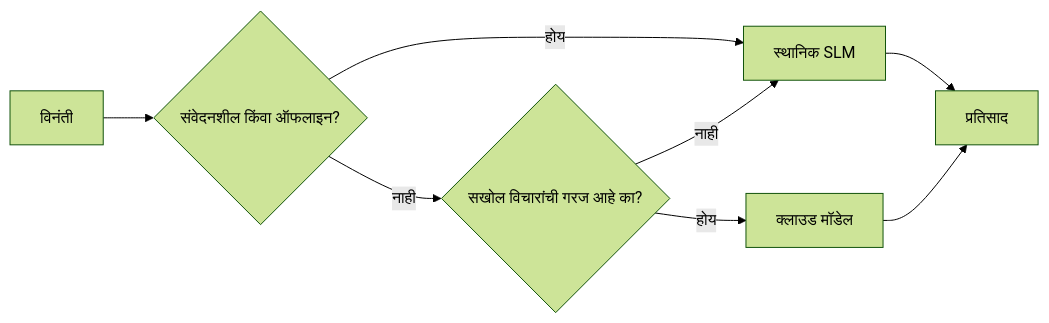
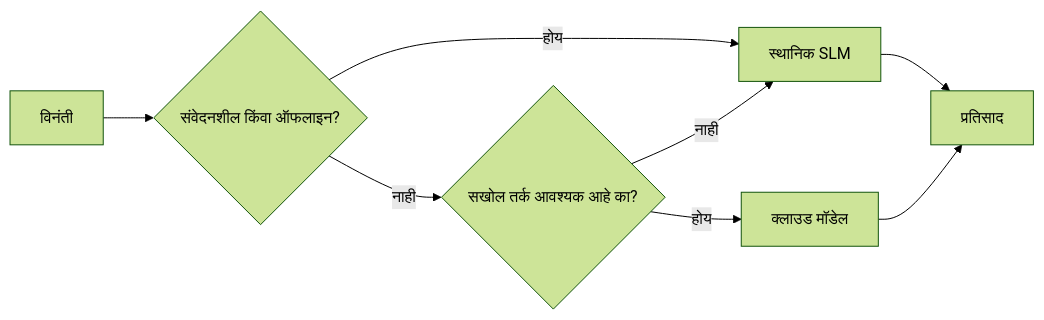
The fourth of 4 diagrams in translations/mr/17-creating-local-ai-agents/README.md (microsoft/ai-agents-for-beginners), drawn with Mermaid (forest theme) before and after one commit. The commit also changed other lines of this file and 45 other files, not shown here.

````diff
--- a/translations/mr/17-creating-local-ai-agents/README.md
+++ b/translations/mr/17-creating-local-ai-agents/README.md
@@ -156,10 +156,10 @@
 ```mermaid
 flowchart LR
     Q[विनंती] --> S{संवेदनशील किंवा ऑफलाइन?}
     S -->|होय| L[स्थानिक SLM]
-    S -->|नाही| C{सखोल विचारांची गरज आहे का?}
+    S -->|नाही| C{सखोल तर्क आवश्यक आहे का?}
     C -->|नाही| L
     C -->|होय| Cloud[क्लाउड मॉडेल]
     L --> Out[प्रतिसाद]
     Cloud --> Out
 ```
````
